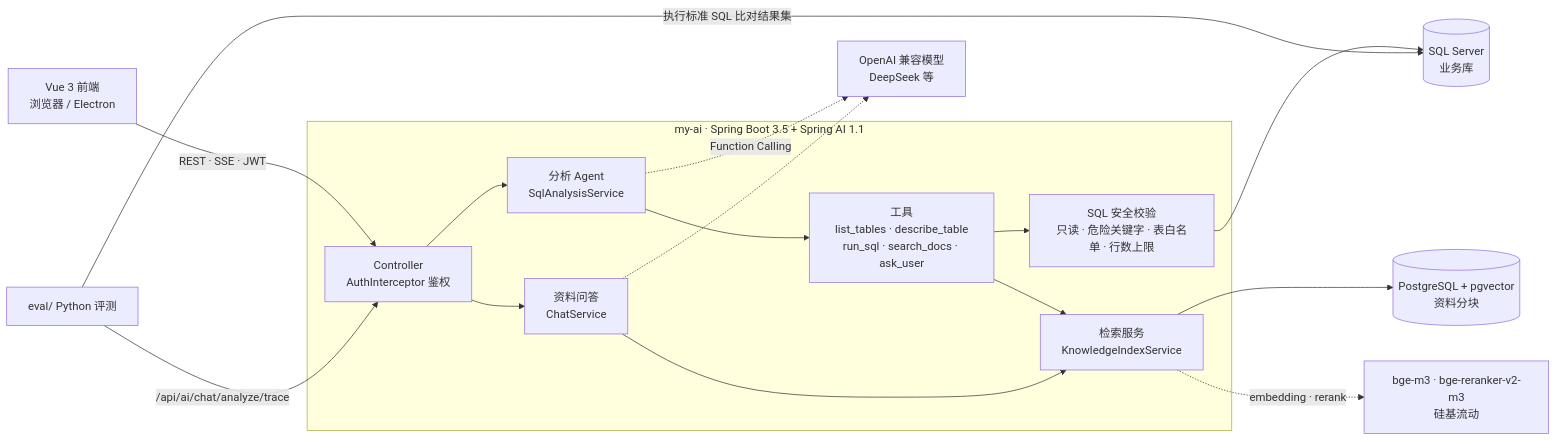
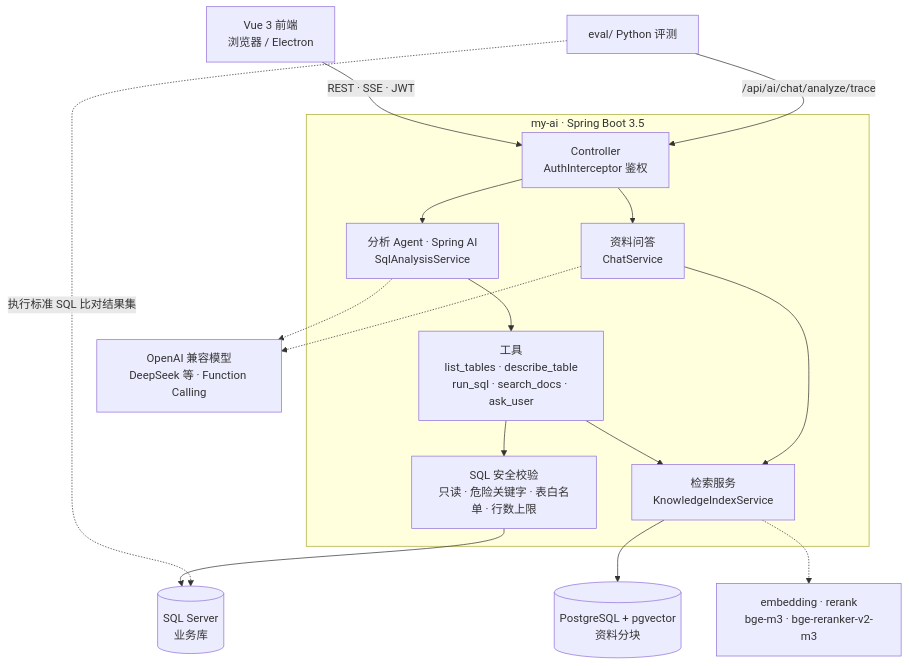
One commit to xiyunian1/ai-project changed the first of 4 diagrams in README.md. Above: the diagram before and after it, drawn with Mermaid. The commit also changed other lines of this file, not shown here.

Commit message:
Tidy README architecture diagram layouts

````diff
--- a/README.md
+++ b/README.md
@@ -11,19 +11,19 @@
 ```mermaid
-flowchart LR
+flowchart TB
     FE["Vue 3 前端<br/>浏览器 / Electron"] -- "REST · SSE · JWT" --> API
     EV["eval/ Python 评测"] -- "/api/ai/chat/analyze/trace" --> API
-    subgraph BE["my-ai · Spring Boot 3.5 + Spring AI 1.1"]
-        API["Controller<br/>AuthInterceptor 鉴权"] --> AG["分析 Agent<br/>SqlAnalysisService"]
+    subgraph BE["my-ai · Spring Boot 3.5"]
+        API["Controller<br/>AuthInterceptor 鉴权"] --> AG["分析 Agent · Spring AI<br/>SqlAnalysisService"]
         API --> QA["资料问答<br/>ChatService"]
         AG --> TL["工具<br/>list_tables · describe_table<br/>run_sql · search_docs · ask_user"]
         TL --> GD["SQL 安全校验<br/>只读 · 危险关键字 · 表白名单 · 行数上限"]
         TL --> RS["检索服务<br/>KnowledgeIndexService"]
         QA --> RS
     end
+    AG -.-> LLM["OpenAI 兼容模型<br/>DeepSeek 等 · Function Calling"]
+    QA -.-> LLM
     GD --> MS[("SQL Server<br/>业务库")]
-    EV -- "执行标准 SQL 比对结果集" --> MS
+    EV -. "执行标准 SQL 比对结果集" .-> MS
     RS --> PG[("PostgreSQL + pgvector<br/>资料分块")]
-    AG -. "Function Calling" .-> LLM["OpenAI 兼容模型<br/>DeepSeek 等"]
-    QA -.-> LLM
-    RS -. "embedding · rerank" .-> EMB["bge-m3 · bge-reranker-v2-m3<br/>硅基流动"]
+    RS -.-> EMB["embedding · rerank<br/>bge-m3 · bge-reranker-v2-m3"]
 ```
````
